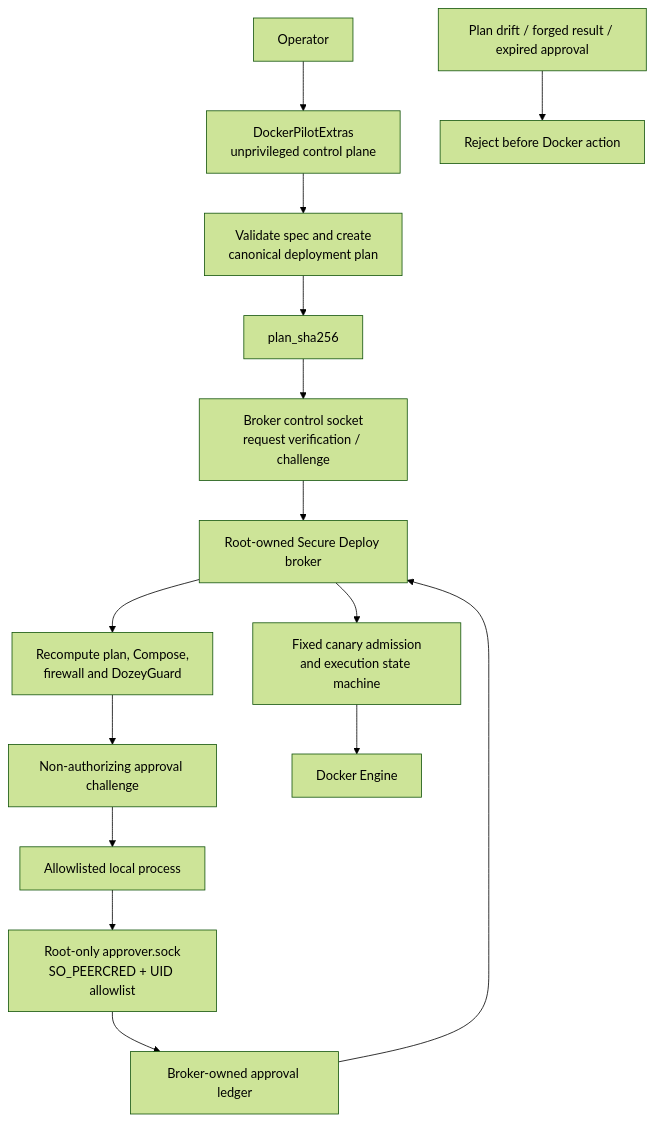
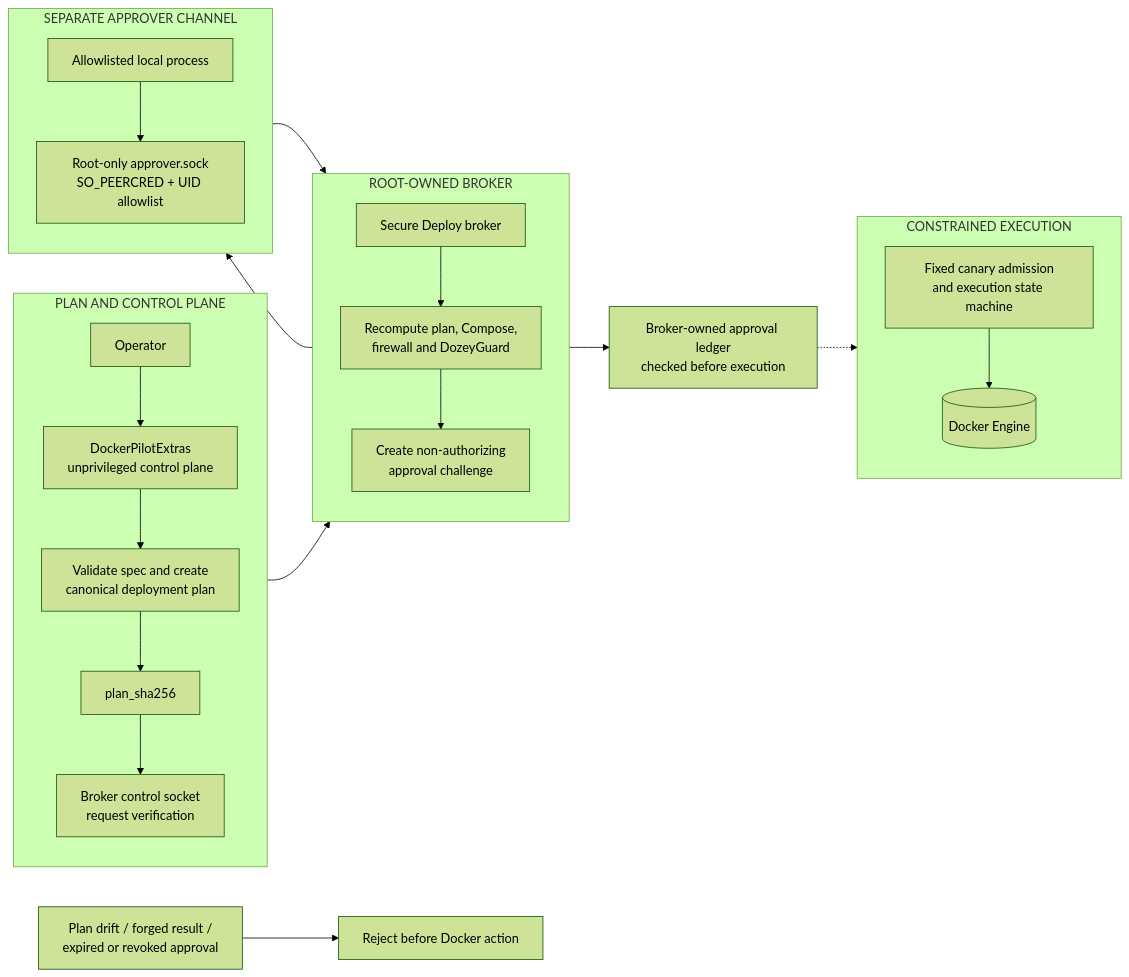
One commit to DozeyUDK/DockerPilot changed the second of 2 diagrams in README.md. Above: the diagram before and after it, drawn with Mermaid (forest theme). The commit also changed other lines of this file, not shown here.

Commit message:
docs: restore architecture overview and improve secure flow

```diff
--- a/README.md
+++ b/README.md
@@ -29,17 +103,36 @@
 ~~~mermaid
-flowchart TB
-    Operator["Operator"] --> Extras["DockerPilotExtras<br/>unprivileged control plane"]
-    Extras --> Plan["Validate spec and create<br/>canonical deployment plan"]
-    Plan --> Hash["plan_sha256"]
-    Hash --> Control["Broker control socket<br/>request verification / challenge"]
-    Control --> Broker["Root-owned Secure Deploy broker"]
-    Broker --> Verify["Recompute plan, Compose,<br/>firewall and DozeyGuard"]
-    Verify --> Challenge["Non-authorizing approval challenge"]
-    Challenge --> Approver["Allowlisted local process"]
-    Approver --> Socket["Root-only approver.sock<br/>SO_PEERCRED + UID allowlist"]
-    Socket --> Ledger["Broker-owned approval ledger"]
-    Ledger --> Broker
-    Broker --> Admission["Fixed canary admission<br/>and execution state machine"]
-    Admission --> Docker["Docker Engine"]
-    Tamper["Plan drift / forged result / expired approval"] --> Reject["Reject before Docker action"]
+flowchart LR
+    subgraph PlanStage["PLAN AND CONTROL PLANE"]
+        direction TB
+        Operator["Operator"] --> Extras["DockerPilotExtras<br/>unprivileged control plane"]
+        Extras --> Plan["Validate spec and create<br/>canonical deployment plan"]
+        Plan --> Hash["plan_sha256"]
+        Hash --> Control["Broker control socket<br/>request verification"]
+    end
+
+    subgraph BrokerStage["ROOT-OWNED BROKER"]
+        direction TB
+        Broker["Secure Deploy broker"] --> Verify["Recompute plan, Compose,<br/>firewall and DozeyGuard"]
+        Verify --> Challenge["Create non-authorizing<br/>approval challenge"]
+    end
+
+    subgraph ApprovalStage["SEPARATE APPROVER CHANNEL"]
+        direction TB
+        Approver["Allowlisted local process"] --> Socket["Root-only approver.sock<br/>SO_PEERCRED + UID allowlist"]
+    end
+
+    subgraph ExecutionStage["CONSTRAINED EXECUTION"]
+        direction TB
+        Admission["Fixed canary admission<br/>and execution state machine"]
+        Docker[("Docker Engine")]
+        Admission --> Docker
+    end
+
+    Control --> Broker
+    Challenge --> Approver
+    Socket --> Broker
+    Broker --> Ledger["Broker-owned approval ledger<br/>checked before execution"]
+    Ledger -.-> Admission
+
+    Tamper["Plan drift / forged result /<br/>expired or revoked approval"] --> Reject["Reject before Docker action"]
 ~~~
```
